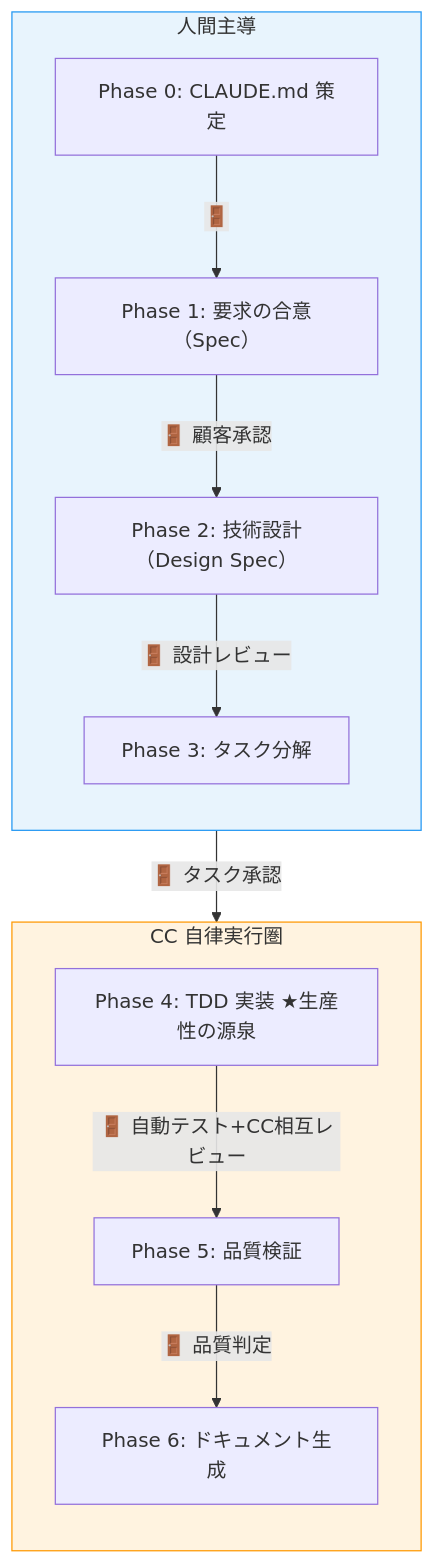
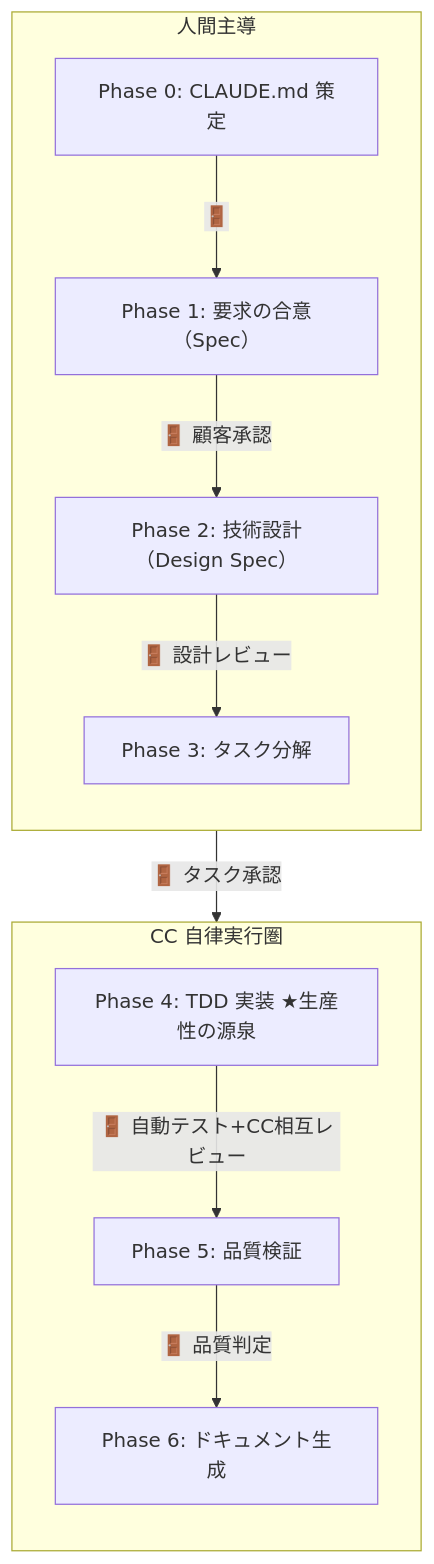
The second of 3 diagrams in articles/j-six-00-overview.md (SeckeyJP/j-six-articles), drawn with Mermaid before and after one commit. The commit also changed other lines of this file, not shown here.

First line of the commit message:
Remove custom Mermaid colors for dark mode compatibility

````diff
--- a/articles/j-six-00-overview.md
+++ b/articles/j-six-00-overview.md
@@ -110,24 +104,22 @@
 ```mermaid
 flowchart TB
   subgraph Human["人間主導"]
     direction TB
     P0["Phase 0: CLAUDE.md 策定"]
     P1["Phase 1: 要求の合意（Spec）"]
     P2["Phase 2: 技術設計（Design Spec）"]
     P3["Phase 3: タスク分解"]
     P0 -->|"🚪"| P1 -->|"🚪 顧客承認"| P2 -->|"🚪 設計レビュー"| P3
   end
 
   subgraph Auto["CC 自律実行圏"]
     direction TB
     P4["Phase 4: TDD 実装 ★生産性の源泉"]
     P5["Phase 5: 品質検証"]
     P6["Phase 6: ドキュメント生成"]
     P4 -->|"🚪 自動テスト+CC相互レビュー"| P5 -->|"🚪 品質判定"| P6
   end
 
   P3 -->|"🚪 タスク承認"| P4
 
-  style Human fill:#e8f4fd,stroke:#2196F3
-  style Auto fill:#fff3e0,stroke:#FF9800
 ```
````
